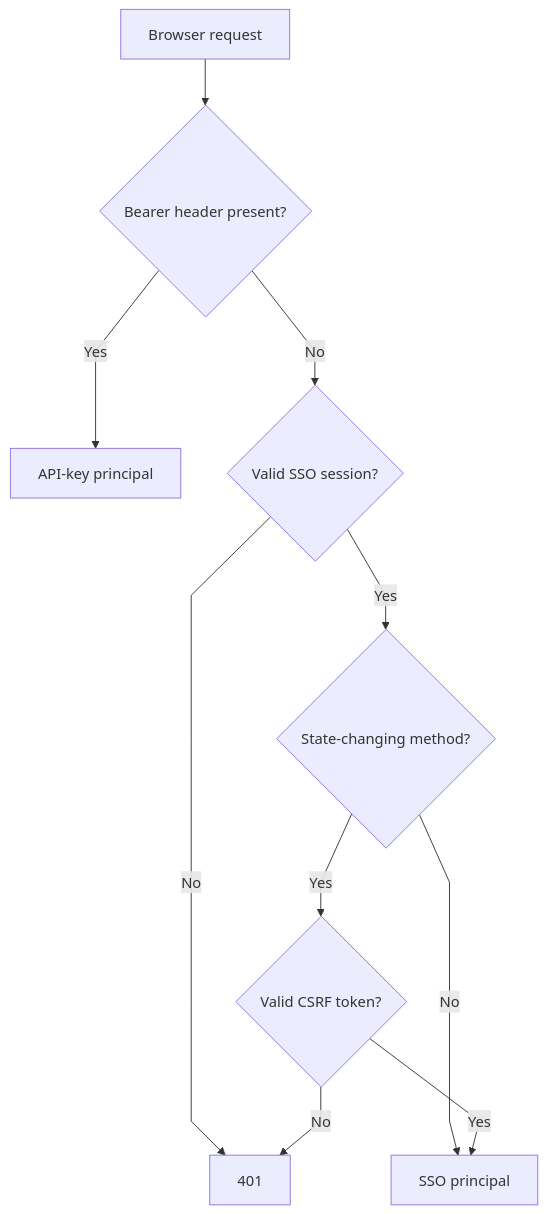
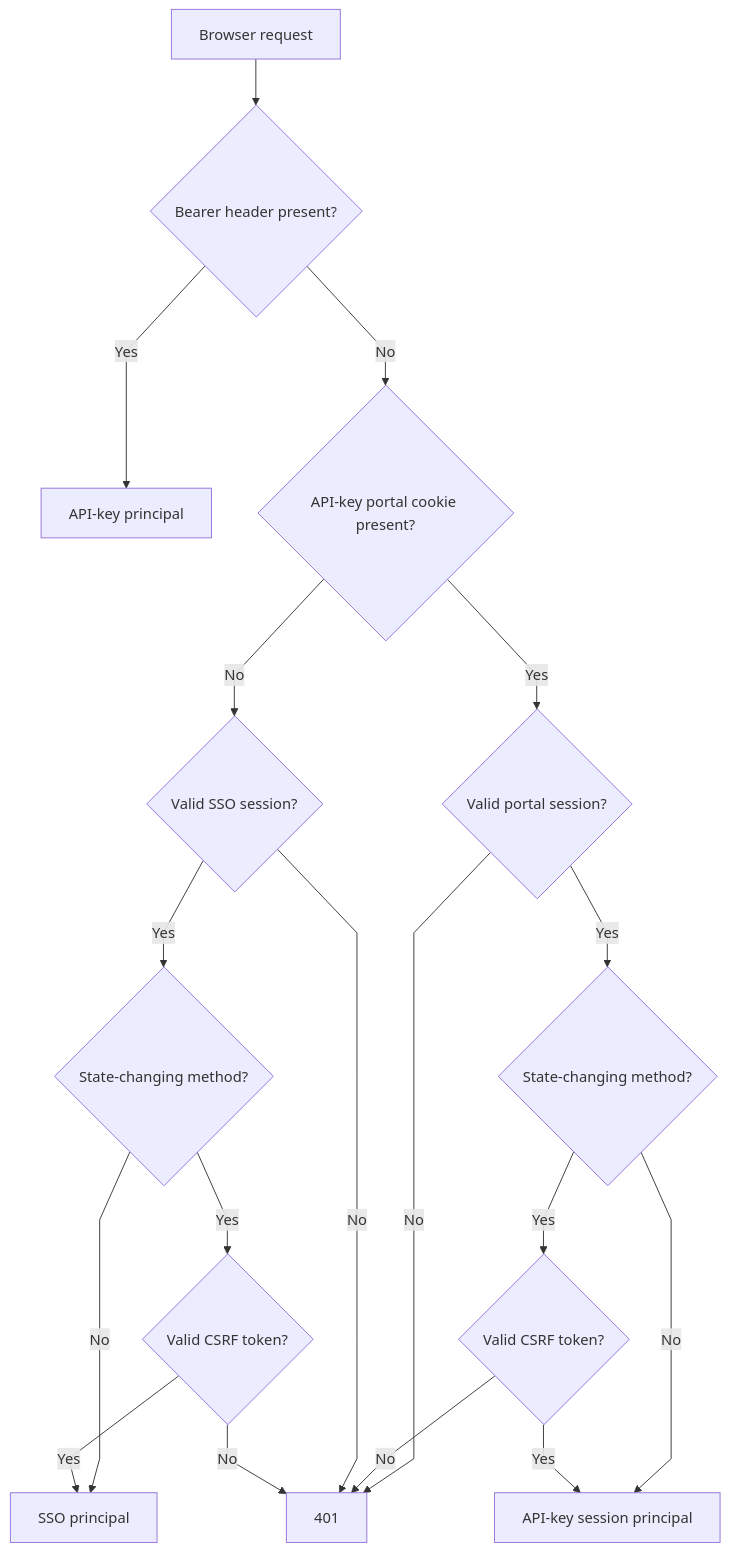
Before and after one commit to markhuangai/dense-mem: the fourth of 10 diagrams in Request-Lifecycle-And-Security.md, drawn with Mermaid. The commit also changed other lines of this file and 19 other files, not shown here.

````diff
--- a/Request-Lifecycle-And-Security.md
+++ b/Request-Lifecycle-And-Security.md
@@ -110,13 +112,21 @@
 ```mermaid
 %%{init: {"flowchart": {"curve": "linear"}}}%%
 flowchart TD
   Browser["Browser request"] --> Bearer{"Bearer header present?"}
   Bearer -- Yes --> Key["API-key principal"]
-  Bearer -- No --> Cookie{"Valid SSO session?"}
-  Cookie -- No --> Deny["401"]
-  Cookie -- Yes --> Mutate{"State-changing method?"}
+  Bearer -- No --> PortalCookie{"API-key portal cookie present?"}
+  PortalCookie -- No --> SSOCookie{"Valid SSO session?"}
+  PortalCookie -- Yes --> PortalValid{"Valid portal session?"}
+  PortalValid -- No --> Deny
+  PortalValid -- Yes --> PortalMutate{"State-changing method?"}
+  PortalMutate -- No --> PortalSession["API-key session principal"]
+  PortalMutate -- Yes --> PortalCSRF{"Valid CSRF token?"}
+  PortalCSRF -- No --> Deny
+  PortalCSRF -- Yes --> PortalSession
+  SSOCookie -- No --> Deny["401"]
+  SSOCookie -- Yes --> Mutate{"State-changing method?"}
   Mutate -- No --> Session["SSO principal"]
   Mutate -- Yes --> CSRF{"Valid CSRF token?"}
   CSRF -- No --> Deny
   CSRF -- Yes --> Session
 ```
````
